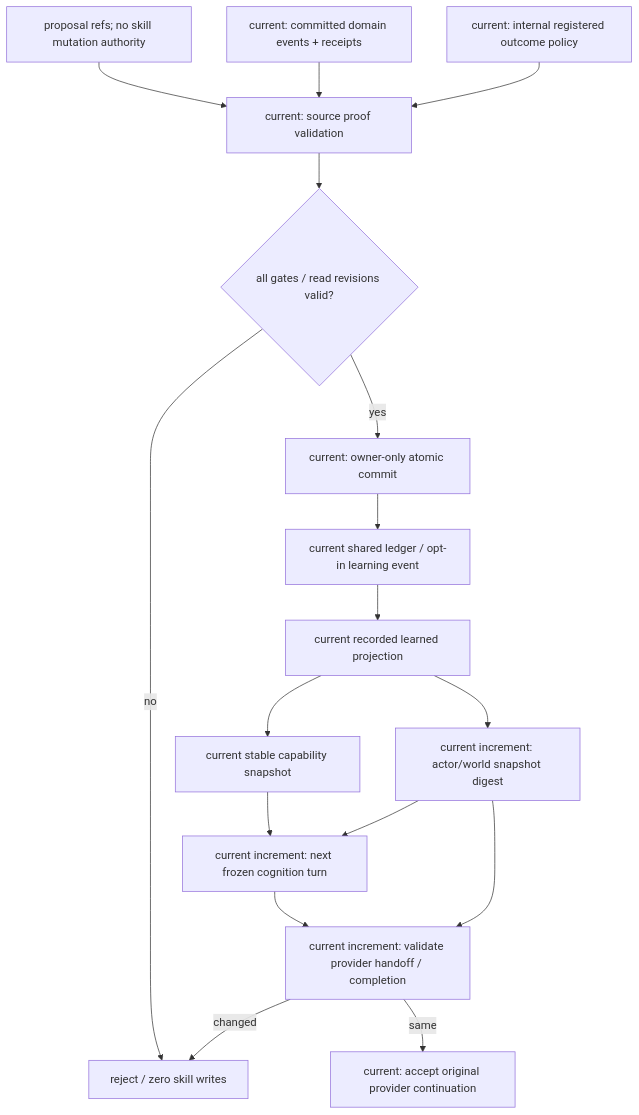
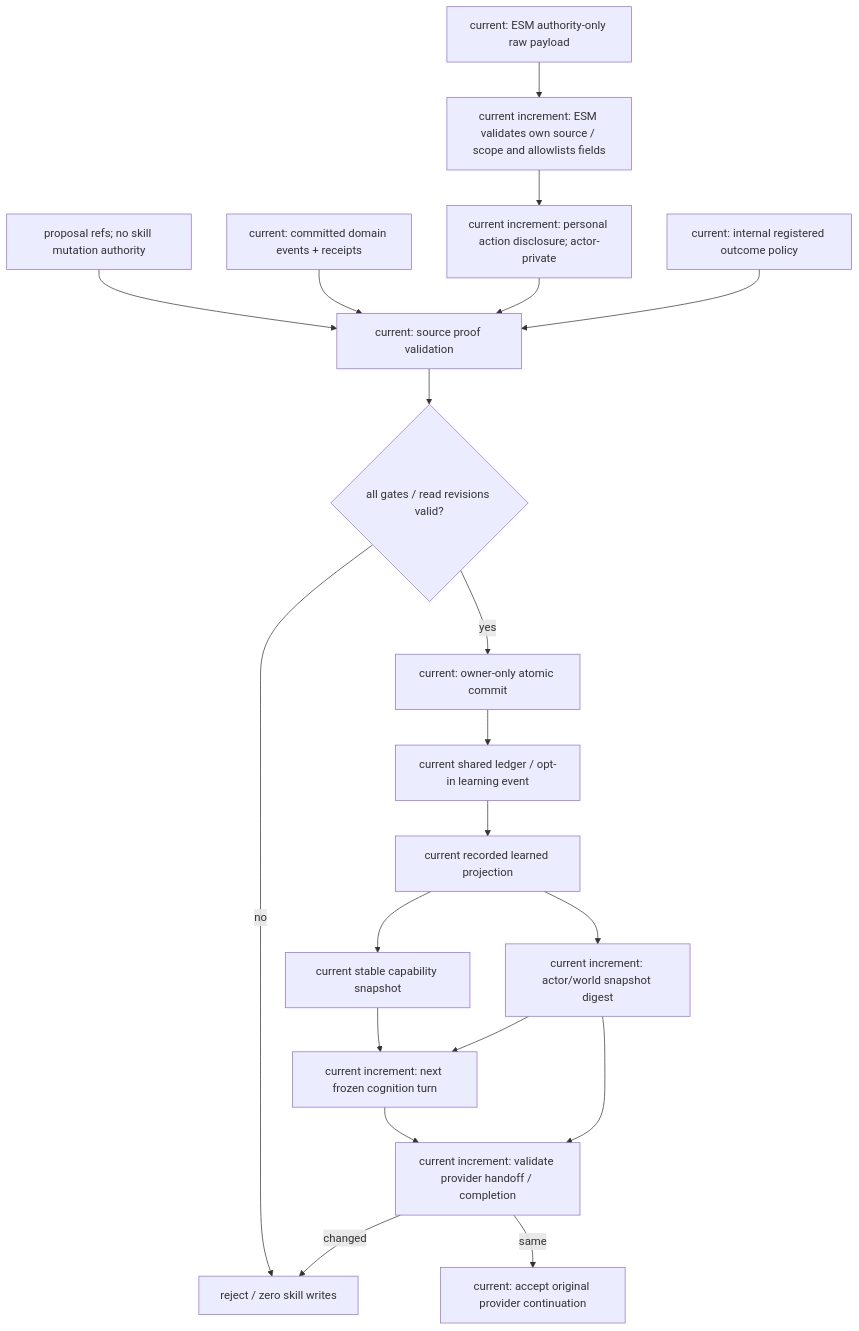
One commit to Dancing-coin/Paralls-phase0-1 changed the third of 3 diagrams in docs/superpowers/specs/2026-10-20-registered-learning-authority-design.md. Above: the diagram before and after it, drawn with Mermaid. The commit also changed other lines of this file and 6 other files, not shown here.

Commit message:
feat: disclose committed personal ESM actions as scoped learning evidence

````diff
--- a/docs/superpowers/specs/2026-10-20-registered-learning-authority-design.md
+++ b/docs/superpowers/specs/2026-10-20-registered-learning-authority-design.md
@@ -78,18 +89,20 @@
 ```mermaid
 flowchart TD
   P["proposal refs; no skill mutation authority"] --> V["current: source proof validation"]
   W["current: committed domain events + receipts"] --> V
+  EW["current: ESM authority-only raw payload"] --> ED["current increment: ESM validates own source / scope and allowlists fields"]
+  ED --> EP["current increment: personal action disclosure; actor-private"] --> V
   R["current: internal registered outcome policy"] --> V
   V --> G{"all gates / read revisions valid?"}
   G -->|no| Z["reject / zero skill writes"]
   G -->|yes| O["current: owner-only atomic commit"]
   O --> F["current shared ledger / opt-in learning event"]
   F --> L["current recorded learned projection"] --> B["current stable capability snapshot"]
   B --> N["current increment: next frozen cognition turn"]
   L --> H["current increment: actor/world snapshot digest"]
   H --> N
   H --> Q["current increment: validate provider handoff / completion"]
   N --> Q
   Q -->|changed| Z
   Q -->|same| A["current: accept original provider continuation"]
 ```
````
